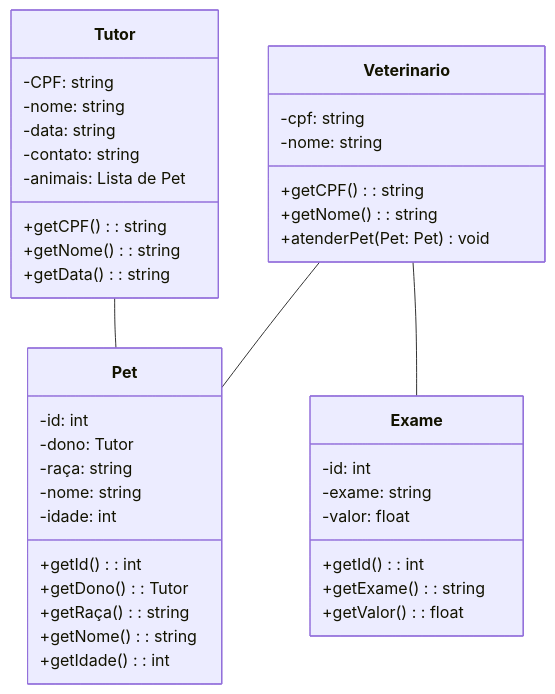
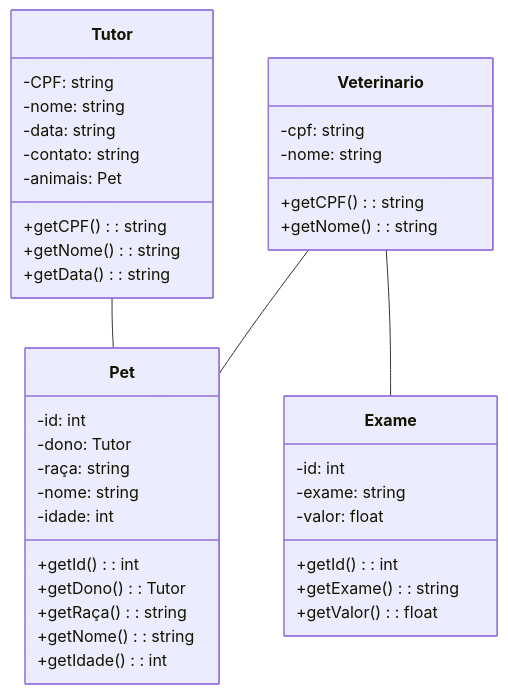
Before and after one commit to triggerww/clinica-veterinaria: the second of 2 diagrams in README.md, drawn with Mermaid. The commit also changed other lines of this file, not shown here.

Commit message:
Update animal type from 'Lista de Pet' to 'Pet'

````diff
--- a/README.md
+++ b/README.md
@@ -40,48 +40,47 @@
 ```Mermaid
 classDiagram
     class Tutor {
         -CPF: string
         -nome: string
         -data: string
         -contato: string
-        -animais: Lista de Pet
+        -animais: Pet
         +getCPF(): string
         +getNome(): string
         +getData(): string
     }
 
     class Pet {
         -id: int
         -dono: Tutor
         -raça: string
         -nome: string
         -idade: int
         +getId(): int
         +getDono(): Tutor
         +getRaça(): string
         +getNome(): string
         +getIdade(): int
     }
 
     Tutor -- Pet
 
     class Veterinario {
         -cpf: string
         -nome: string
         +getCPF(): string
         +getNome(): string
-        +atenderPet(Pet: Pet) void 
     }
 
     class Exame {
         -id: int
         -exame: string
         -valor: float
         +getId(): int
         +getExame(): string
         +getValor(): float
     }
 
     Veterinario -- Pet
     Veterinario -- Exame
 ```
````
